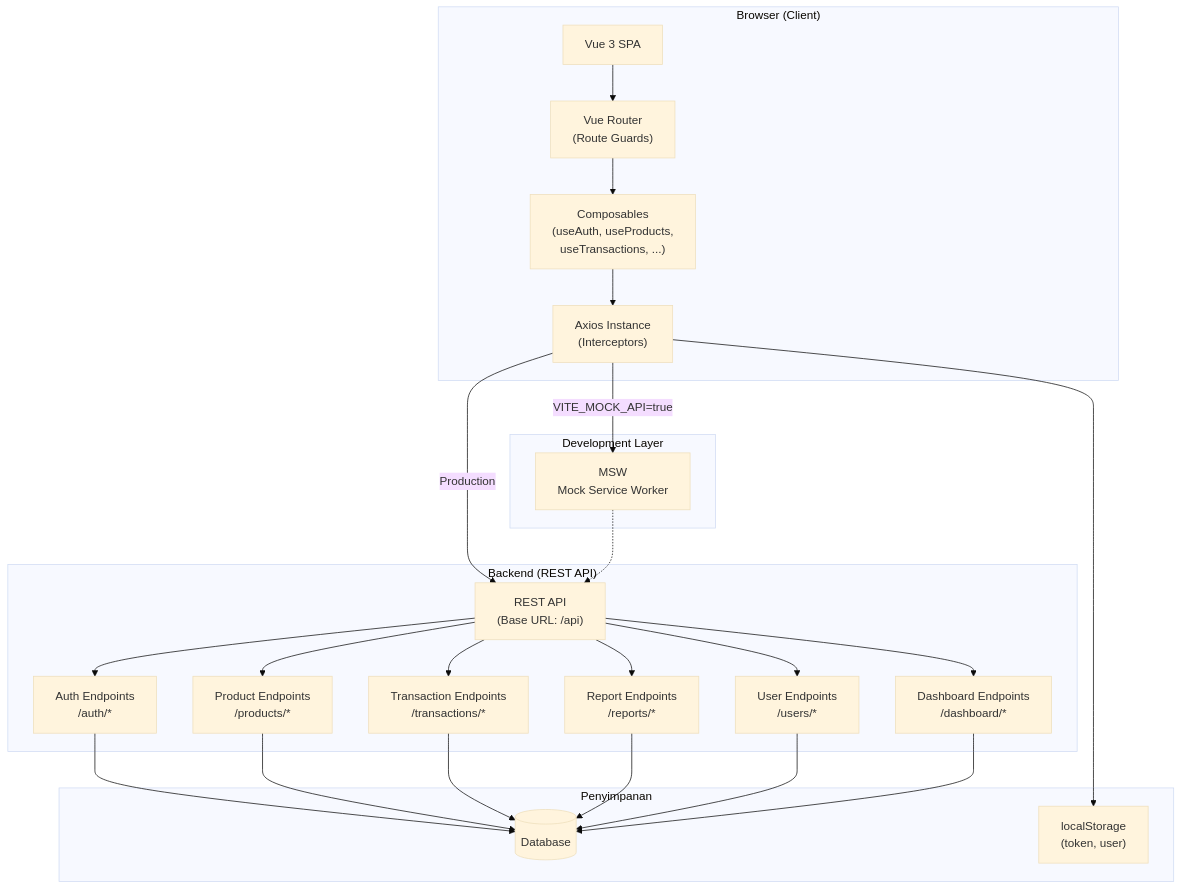
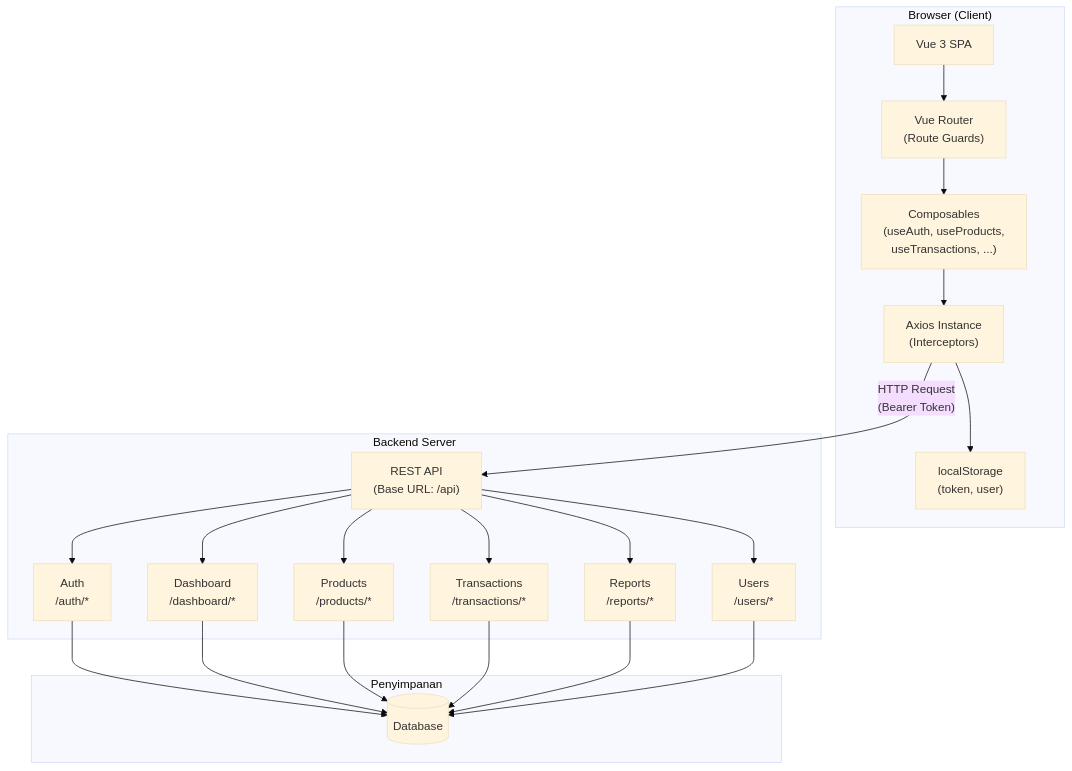
Before and after one commit to MumboNimo/Projek-Kasir-v1: the first of 4 diagrams in README.md, drawn with Mermaid (base theme).

Commit message:
docs: mengubah diagram arsitektur sistem ke backend nyata

````diff
--- a/README.md
+++ b/README.md
@@ -93,48 +93,44 @@
 ```mermaid
 graph TD
     subgraph Browser["Browser (Client)"]
         UI["Vue 3 SPA"]
         Router["Vue Router\n(Route Guards)"]
         Composables["Composables\n(useAuth, useProducts,\nuseTransactions, ...)"]
         Axios["Axios Instance\n(Interceptors)"]
+        LS["localStorage\n(token, user)"]
     end
 
-    subgraph DevLayer["Development Layer"]
-        MSW["MSW\nMock Service Worker"]
-    end
-
-    subgraph Backend["Backend (REST API)"]
+    subgraph Backend["Backend Server"]
         API["REST API\n(Base URL: /api)"]
-        Auth["Auth Endpoints\n/auth/*"]
-        Products["Product Endpoints\n/products/*"]
-        Transactions["Transaction Endpoints\n/transactions/*"]
-        Reports["Report Endpoints\n/reports/*"]
-        Users["User Endpoints\n/users/*"]
-        Dashboard["Dashboard Endpoints\n/dashboard/*"]
+        Auth["Auth\n/auth/*"]
+        Dashboard["Dashboard\n/dashboard/*"]
+        Products["Products\n/products/*"]
+        Transactions["Transactions\n/transactions/*"]
+        Reports["Reports\n/reports/*"]
+        Users["Users\n/users/*"]
     end
 
     subgraph Storage["Penyimpanan"]
         DB[(Database)]
-        LS["localStorage\n(token, user)"]
     end
 
     UI --> Router
     Router --> Composables
     Composables --> Axios
-    Axios -- "VITE_MOCK_API=true" --> MSW
-    Axios -- "Production" --> API
-    MSW -.-> API
+    Axios -- "HTTP Request\n(Bearer Token)" --> API
+    Axios --> LS
+
     API --> Auth
+    API --> Dashboard
     API --> Products
     API --> Transactions
     API --> Reports
     API --> Users
-    API --> Dashboard
+
     Auth --> DB
+    Dashboard --> DB
     Products --> DB
     Transactions --> DB
     Reports --> DB
     Users --> DB
-    Dashboard --> DB
-    Axios --> LS
 ```
````
